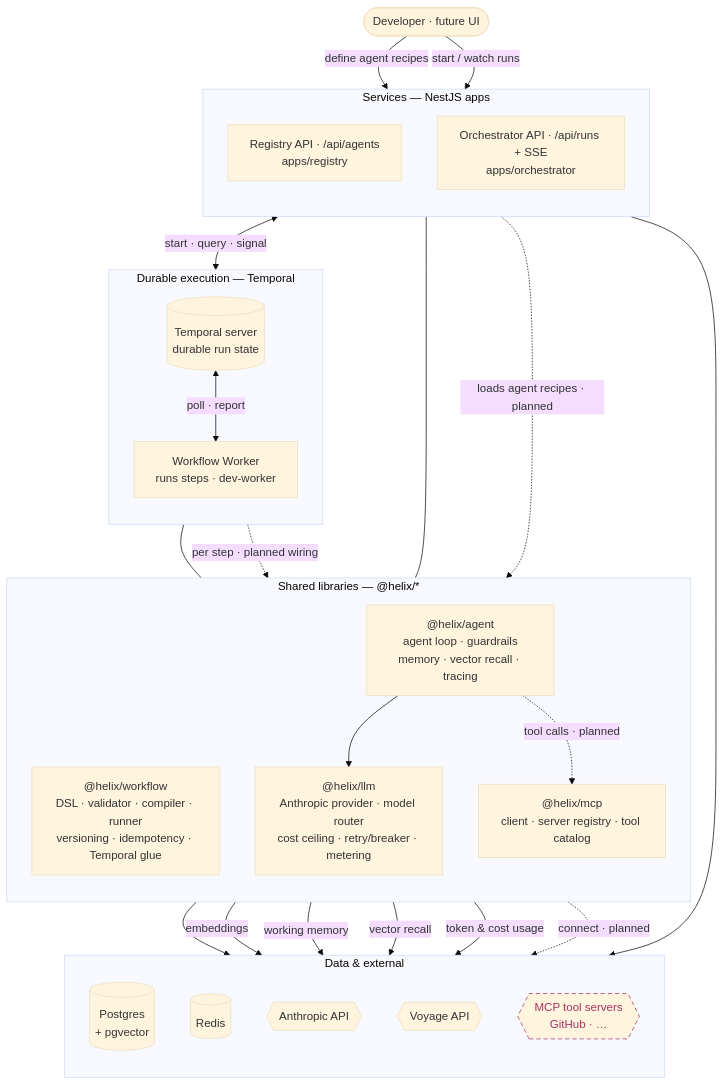
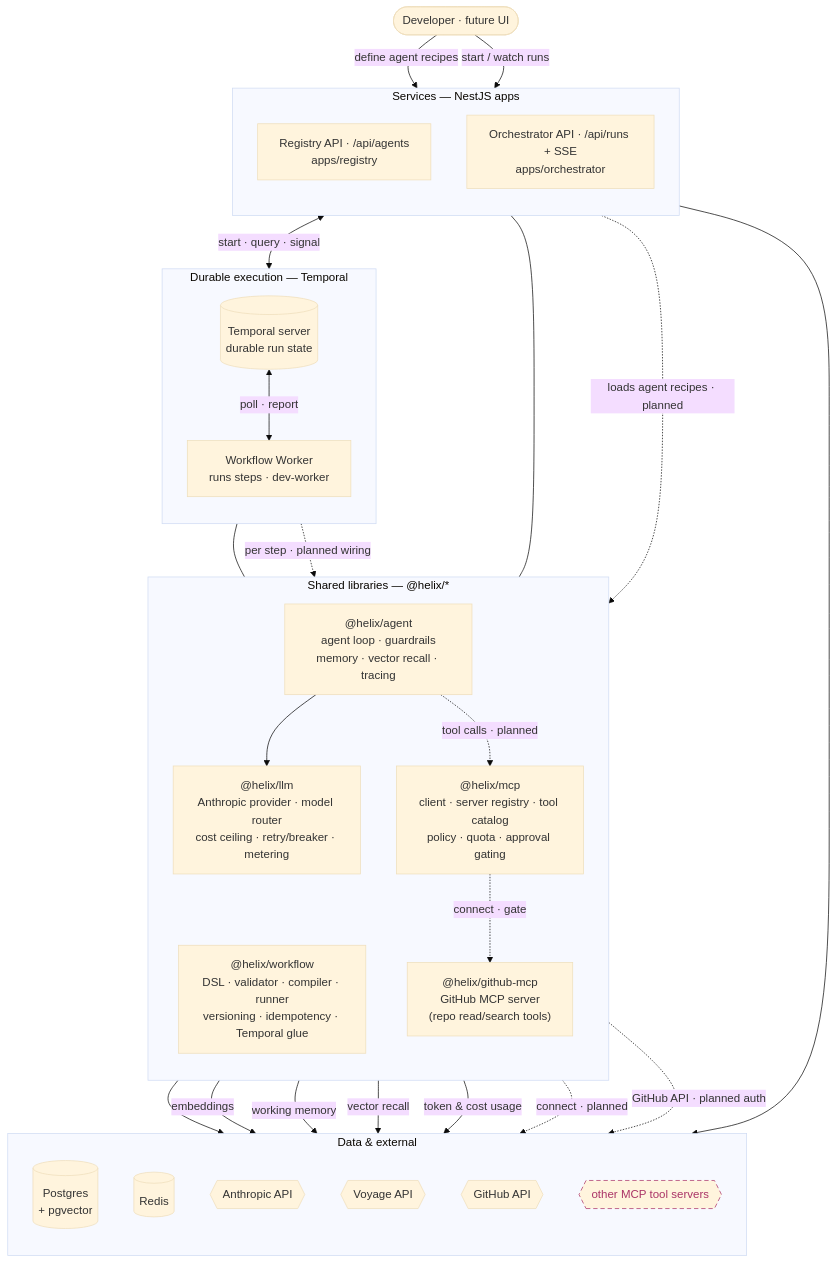
One commit to shhashhank/helix changed the first of 2 diagrams in docs/ARCHITECTURE.md. Above: the diagram before and after it, drawn with Mermaid (base theme). The commit also changed other lines of this file and 14 other files, not shown here.

First line of the commit message:
HELIX-86: GitHub MCP server — repo read/search tools (#47)

````diff
--- a/docs/ARCHITECTURE.md
+++ b/docs/ARCHITECTURE.md
@@ -16,54 +16,58 @@
 ```mermaid
 flowchart TB
   user([Developer · future UI])
 
   subgraph svc["Services — NestJS apps"]
     direction TB
     reg["Registry API · /api/agents<br/>apps/registry"]
     orc["Orchestrator API · /api/runs + SSE<br/>apps/orchestrator"]
   end
 
   subgraph dur["Durable execution — Temporal"]
     direction TB
     tmp[("Temporal server<br/>durable run state")]
     wkr["Workflow Worker<br/>runs steps · dev-worker"]
   end
 
   subgraph lib["Shared libraries — @helix/*"]
     direction TB
     wf["@helix/workflow<br/>DSL · validator · compiler · runner<br/>versioning · idempotency · Temporal glue"]
     ag["@helix/agent<br/>agent loop · guardrails<br/>memory · vector recall · tracing"]
     lm["@helix/llm<br/>Anthropic provider · model router<br/>cost ceiling · retry/breaker · metering"]
-    mc["@helix/mcp<br/>client · server registry · tool catalog"]
+    mc["@helix/mcp<br/>client · server registry · tool catalog<br/>policy · quota · approval gating"]
+    gh["@helix/github-mcp<br/>GitHub MCP server<br/>(repo read/search tools)"]
   end
 
   subgraph dat["Data & external"]
     direction TB
     pg[("Postgres<br/>+ pgvector")]
     rd[("Redis")]
     an{{Anthropic API}}
     vo{{Voyage API}}
-    ext{{MCP tool servers<br/>GitHub · …}}
+    gha{{GitHub API}}
+    ext{{other MCP tool servers}}
   end
 
   user -->|define agent recipes| reg
   user -->|start / watch runs| orc
   reg --> pg
   orc <-->|start · query · signal| tmp
   tmp <-->|poll · report| wkr
   wkr --- wf
   orc --- wf
   wkr -.->|per step · planned wiring| ag
   reg -.->|loads agent recipes · planned| ag
   ag --> lm
   ag -.->|tool calls · planned| mc
   lm --> an
   ag -->|embeddings| vo
   ag -->|working memory| rd
   ag -->|vector recall| pg
   lm -->|token & cost usage| pg
+  mc -.->|connect · gate| gh
   mc -.->|connect · planned| ext
+  gh -.->|GitHub API · planned auth| gha
 
   classDef planned stroke-dasharray:6 4,stroke:#a36,color:#a36;
   class ext planned;
 ```
````
